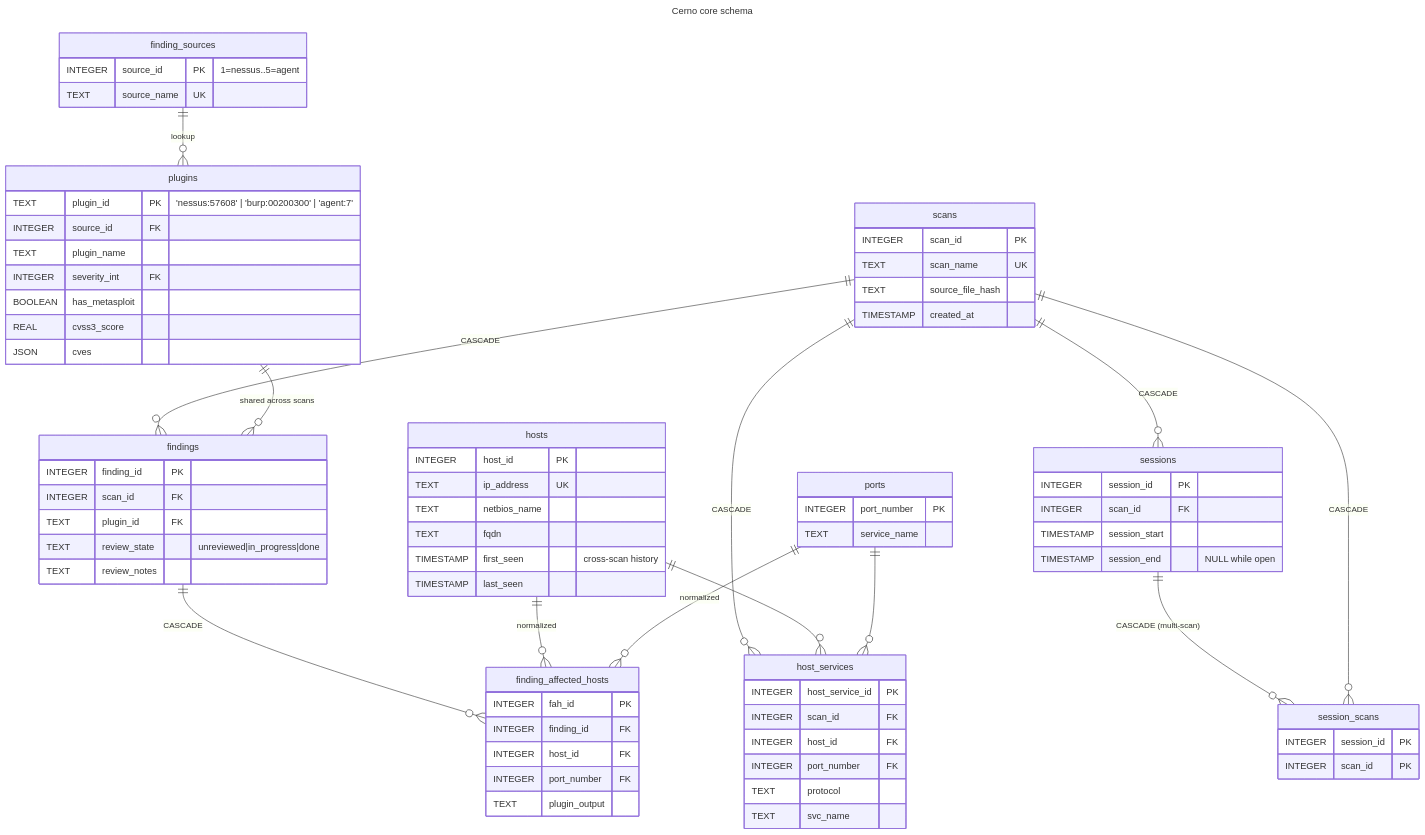
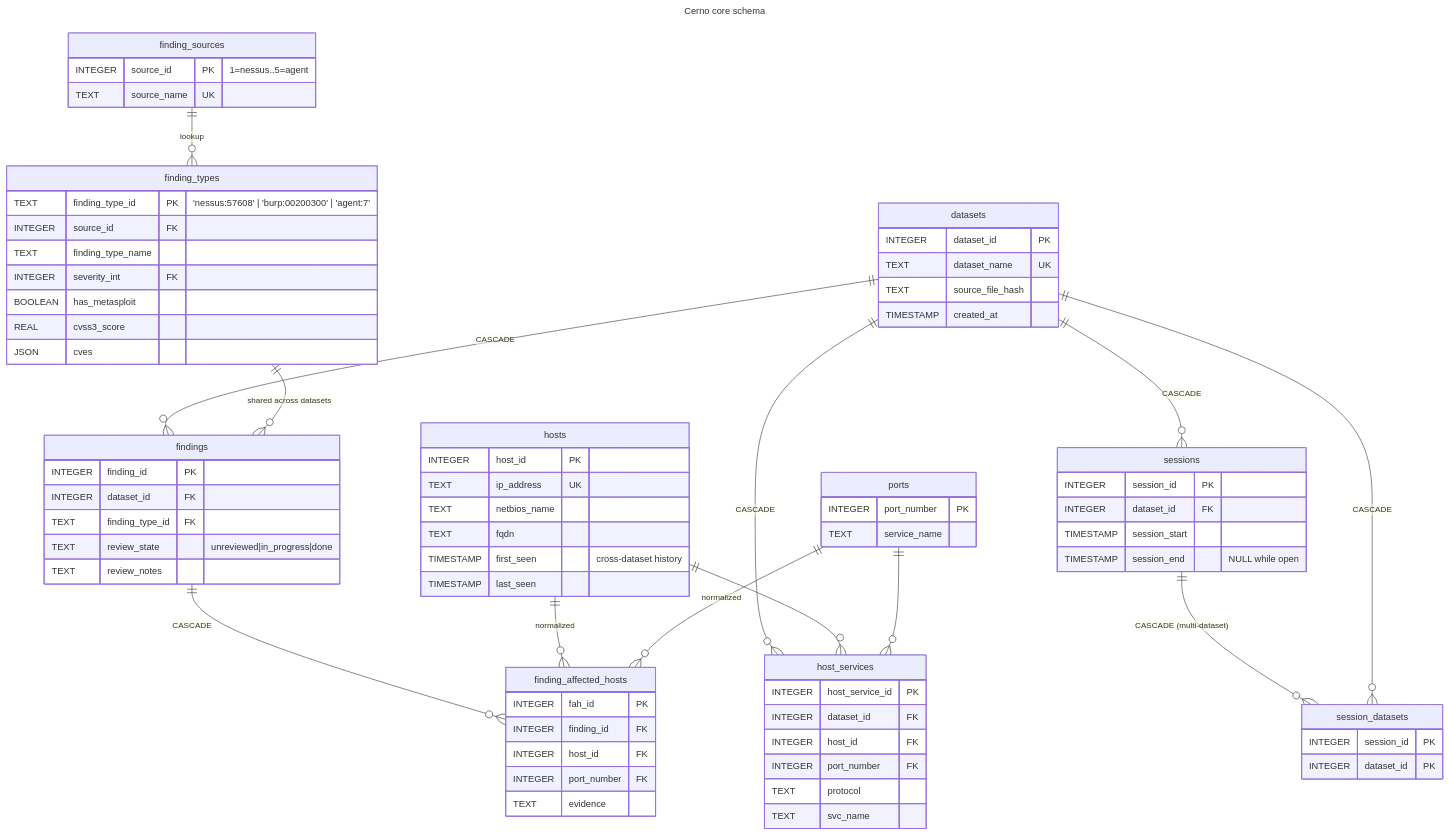
The diagram in docs/diagrams/03-er-core.mmd (ridgebackinfosec/cerno), drawn with Mermaid before and after one commit. The commit also changed 110 other files, not shown here.

First line of the commit message:
feat!: rename scan->dataset, plugin->finding_type, track actor (4.0.0)

```diff
--- a/docs/diagrams/03-er-core.mmd
+++ b/docs/diagrams/03-er-core.mmd
@@ -1,80 +1,80 @@
 ---
 title: Cerno core schema
 ---
 erDiagram
-    scans {
-        INTEGER scan_id PK
-        TEXT scan_name UK
+    datasets {
+        INTEGER dataset_id PK
+        TEXT dataset_name UK
         TEXT source_file_hash
         TIMESTAMP created_at
     }
     finding_sources {
         INTEGER source_id PK "1=nessus..5=agent"
         TEXT source_name UK
     }
-    plugins {
-        TEXT plugin_id PK "'nessus:57608' | 'burp:00200300' | 'agent:7'"
+    finding_types {
+        TEXT finding_type_id PK "'nessus:57608' | 'burp:00200300' | 'agent:7'"
         INTEGER source_id FK
-        TEXT plugin_name
+        TEXT finding_type_name
         INTEGER severity_int FK
         BOOLEAN has_metasploit
         REAL cvss3_score
         JSON cves
     }
     findings {
         INTEGER finding_id PK
-        INTEGER scan_id FK
-        TEXT plugin_id FK
+        INTEGER dataset_id FK
+        TEXT finding_type_id FK
         TEXT review_state "unreviewed|in_progress|done"
         TEXT review_notes
     }
     finding_affected_hosts {
         INTEGER fah_id PK
         INTEGER finding_id FK
         INTEGER host_id FK
         INTEGER port_number FK
-        TEXT plugin_output
+        TEXT evidence
     }
     hosts {
         INTEGER host_id PK
         TEXT ip_address UK
         TEXT netbios_name
         TEXT fqdn
-        TIMESTAMP first_seen "cross-scan history"
+        TIMESTAMP first_seen "cross-dataset history"
         TIMESTAMP last_seen
     }
     ports {
         INTEGER port_number PK
         TEXT service_name
     }
     host_services {
         INTEGER host_service_id PK
-        INTEGER scan_id FK
+        INTEGER dataset_id FK
         INTEGER host_id FK
         INTEGER port_number FK
         TEXT protocol
         TEXT svc_name
     }
     sessions {
         INTEGER session_id PK
-        INTEGER scan_id FK
+        INTEGER dataset_id FK
         TIMESTAMP session_start
         TIMESTAMP session_end "NULL while open"
     }
-    session_scans {
+    session_datasets {
         INTEGER session_id PK
-        INTEGER scan_id PK
+        INTEGER dataset_id PK
     }
 
-    scans   ||--o{ findings               : "CASCADE"
-    plugins ||--o{ findings               : "shared across scans"
-    finding_sources ||--o{ plugins        : "lookup"
+    datasets   ||--o{ findings               : "CASCADE"
+    finding_types ||--o{ findings               : "shared across datasets"
+    finding_sources ||--o{ finding_types        : "lookup"
     findings ||--o{ finding_affected_hosts : "CASCADE"
     hosts   ||--o{ finding_affected_hosts : "normalized"
     ports   ||--o{ finding_affected_hosts : "normalized"
-    scans   ||--o{ host_services          : "CASCADE"
+    datasets   ||--o{ host_services          : "CASCADE"
     hosts   ||--o{ host_services          : ""
     ports   ||--o{ host_services          : ""
-    scans   ||--o{ sessions               : "CASCADE"
-    sessions ||--o{ session_scans         : "CASCADE (multi-scan)"
-    scans   ||--o{ session_scans          : "CASCADE"
+    datasets   ||--o{ sessions               : "CASCADE"
+    sessions ||--o{ session_datasets         : "CASCADE (multi-dataset)"
+    datasets   ||--o{ session_datasets          : "CASCADE"
```
